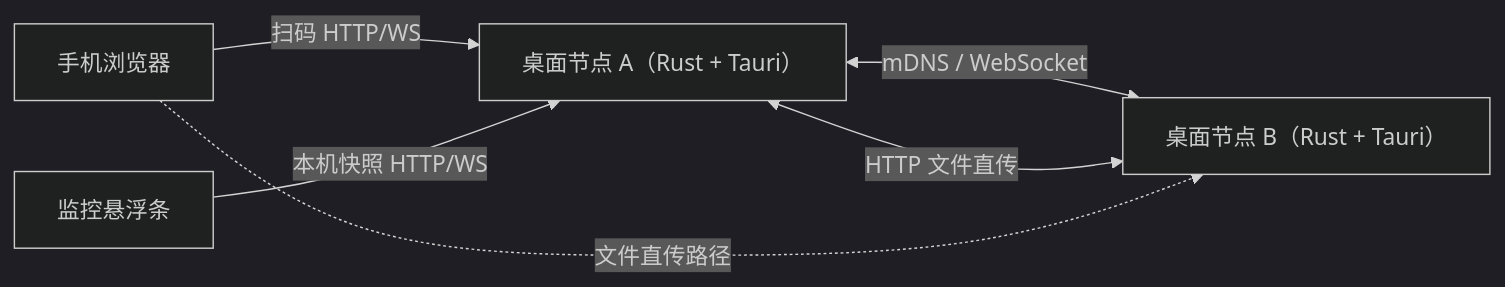
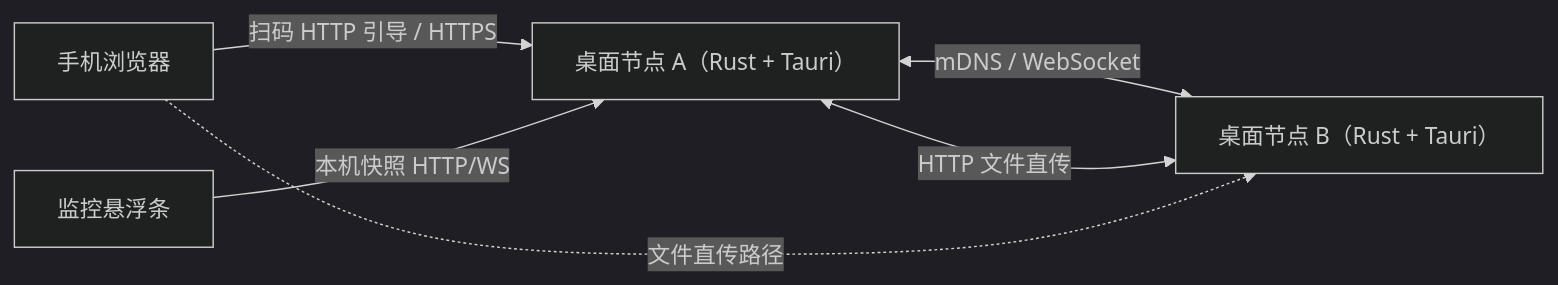
One commit to yangjinming1062/MeshShare changed the first of 5 diagrams in docs/ARCHITECTURE_MAP.md. Above: the diagram before and after it, drawn with Mermaid (dark theme). The commit also changed other lines of this file and 16 other files, not shown here.

````diff
--- a/docs/ARCHITECTURE_MAP.md
+++ b/docs/ARCHITECTURE_MAP.md
@@ -5,8 +5,8 @@
 ```mermaid
 flowchart LR
   A["桌面节点 A（Rust + Tauri）"] <-->|mDNS / WebSocket| B["桌面节点 B（Rust + Tauri）"]
   A <-->|HTTP 文件直传| B
-  P["手机浏览器"] -->|扫码 HTTP/WS| A
+  P["手机浏览器"] -->|扫码 HTTP 引导 / HTTPS| A
   P -.->|文件直传路径| B
   M["监控悬浮条"] -->|本机快照 HTTP/WS| A
 ```
````
